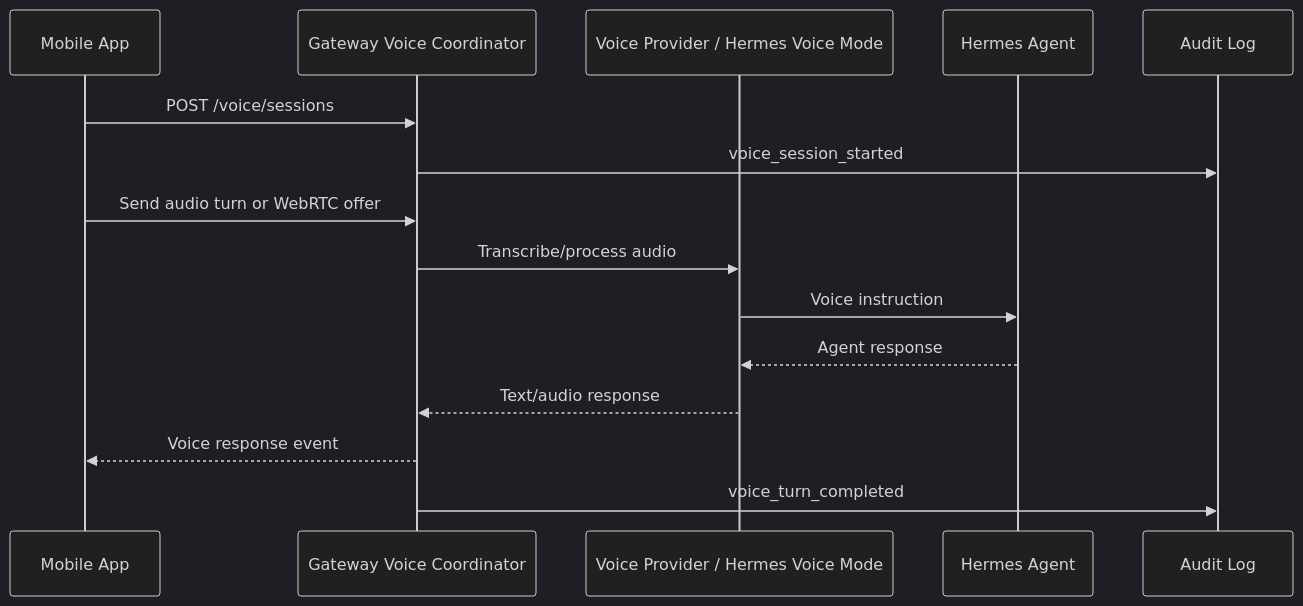
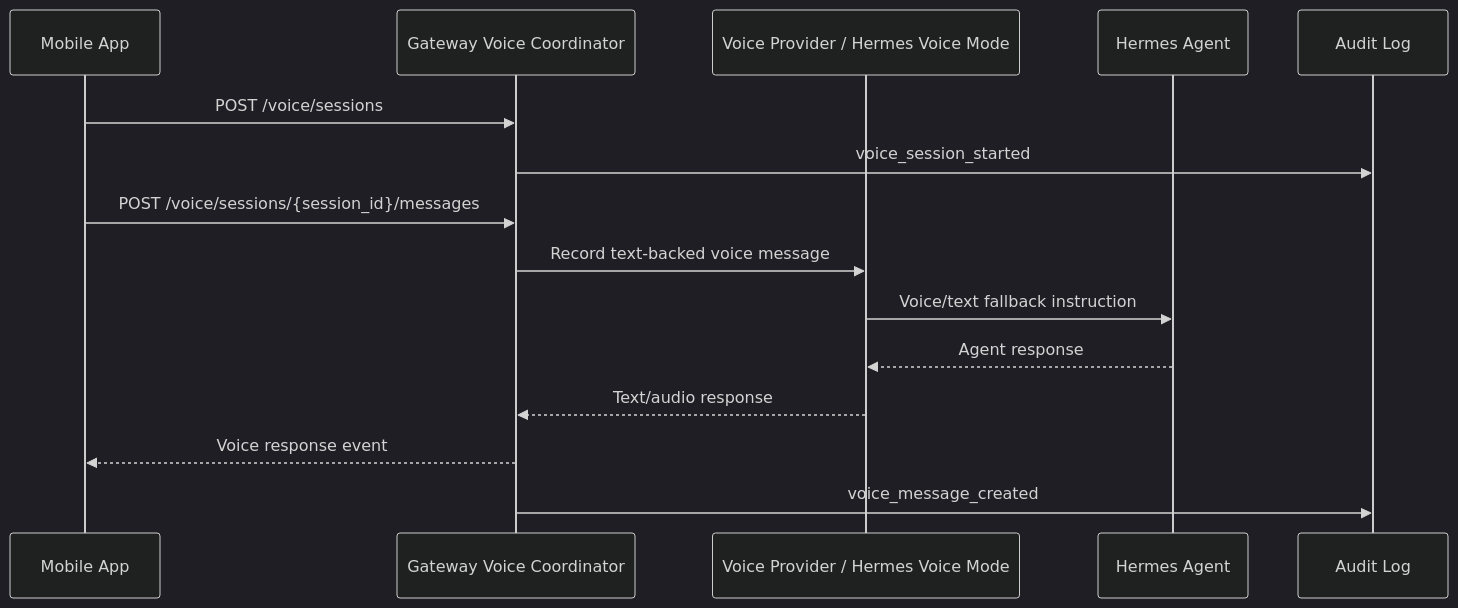
One commit to MahdiHedhli/HermesMobileCommand changed the diagram in docs/architecture/voice-architecture.md. Above: the diagram before and after it, drawn with Mermaid (dark theme). The commit also changed 44 other files, not shown here.

````diff
--- a/docs/architecture/voice-architecture.md
+++ b/docs/architecture/voice-architecture.md
@@ -79,18 +79,18 @@
 ```mermaid
 sequenceDiagram
   participant M as Mobile App
   participant G as Gateway Voice Coordinator
   participant V as Voice Provider / Hermes Voice Mode
   participant H as Hermes Agent
   participant A as Audit Log
 
   M->>G: POST /voice/sessions
   G->>A: voice_session_started
-  M->>G: Send audio turn or WebRTC offer
-  G->>V: Transcribe/process audio
-  V->>H: Voice instruction
+  M->>G: POST /voice/sessions/{session_id}/messages
+  G->>V: Record text-backed voice message
+  V->>H: Voice/text fallback instruction
   H-->>V: Agent response
   V-->>G: Text/audio response
   G-->>M: Voice response event
-  G->>A: voice_turn_completed
+  G->>A: voice_message_created
 ```
````
